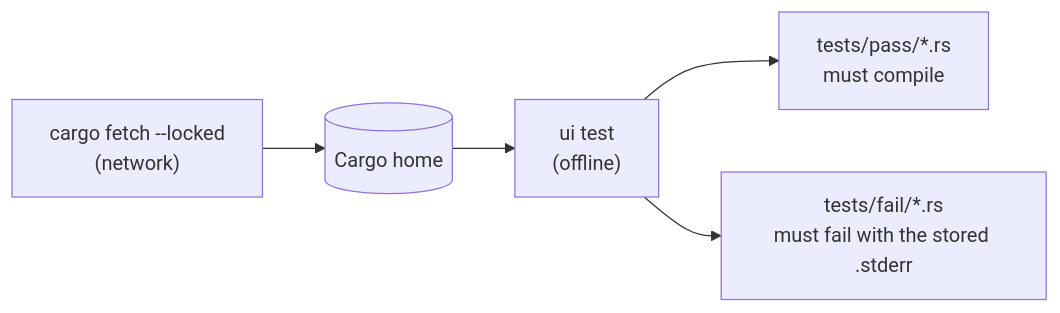
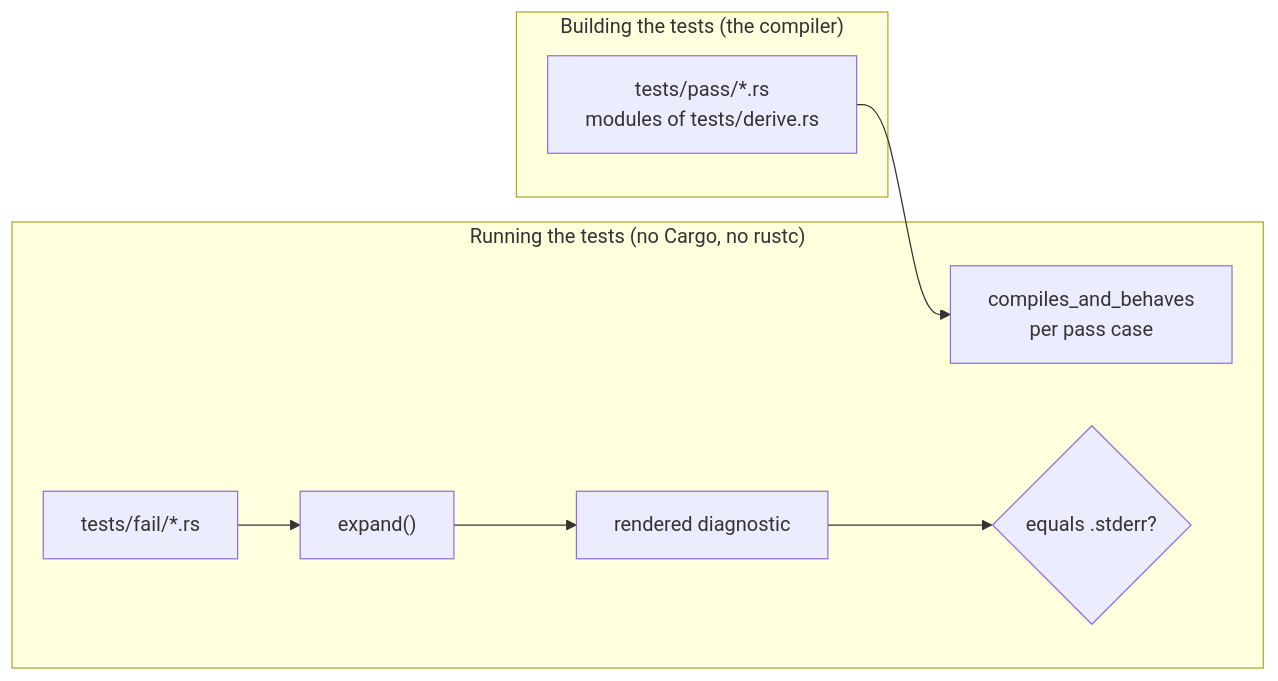
The diagram in unchained-ai/docs/testing.md (yankeeinlondon/rusty-biscuit), drawn with Mermaid before and after one commit. The commit also changed other lines of this file and 45 other files, not shown here.

````diff
--- a/unchained-ai/docs/testing.md
+++ b/unchained-ai/docs/testing.md
@@ -40,7 +74,12 @@
 ```mermaid
 flowchart LR
-    fetch["cargo fetch --locked<br/>(network)"] --> home[(Cargo home)]
-    home --> ui["ui test<br/>(offline)"]
-    ui --> pass["tests/pass/*.rs<br/>must compile"]
-    ui --> fail["tests/fail/*.rs<br/>must fail with the stored .stderr"]
+    subgraph build["Building the tests (the compiler)"]
+        pass["tests/pass/*.rs<br/>modules of tests/derive.rs"]
+    end
+    subgraph run["Running the tests (no Cargo, no rustc)"]
+        behaves["compiles_and_behaves<br/>per pass case"]
+        fail["tests/fail/*.rs"] --> expand["expand()"] --> render["rendered diagnostic"]
+        render --> compare{"equals .stderr?"}
+    end
+    pass --> behaves
 ```
````
